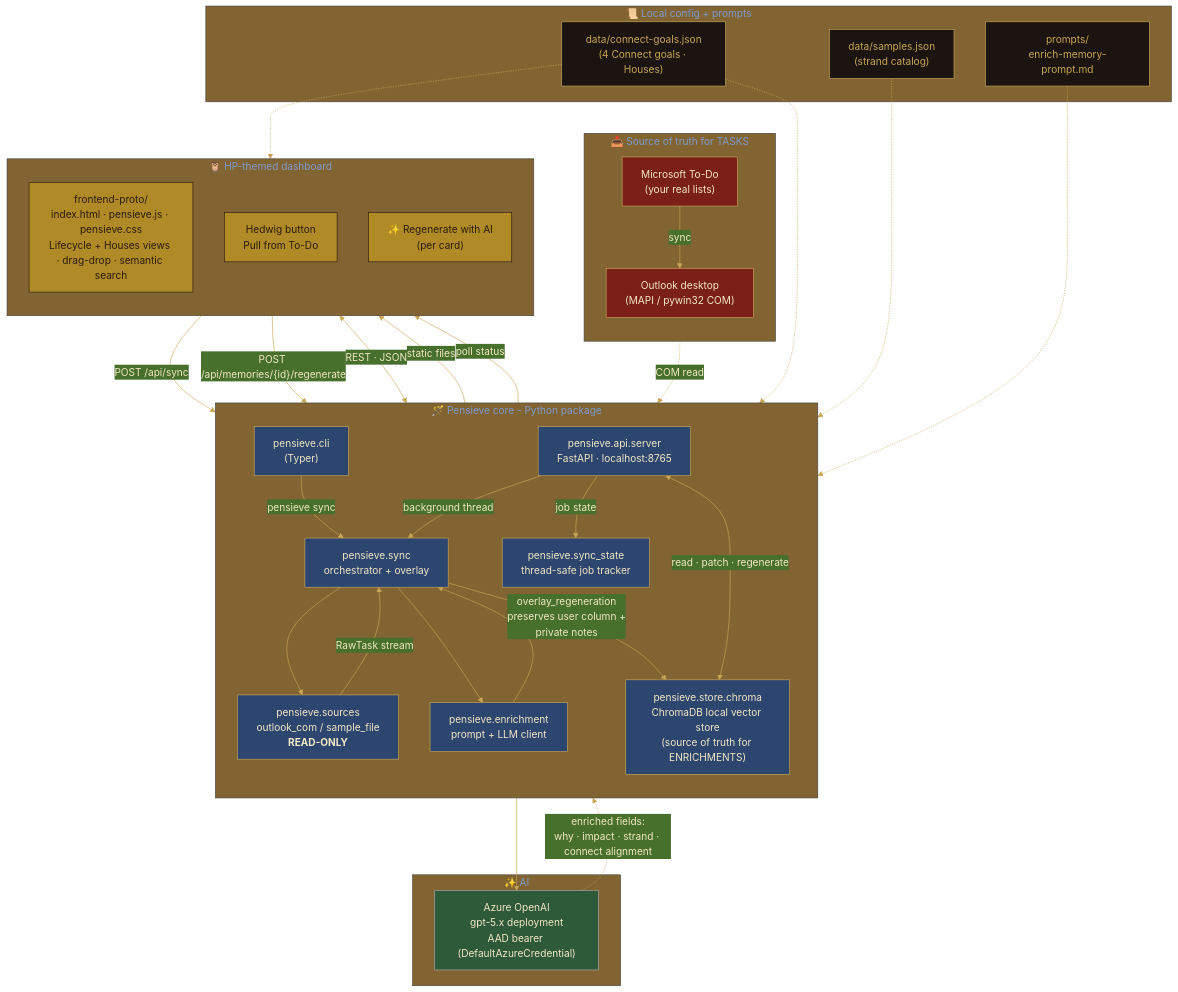
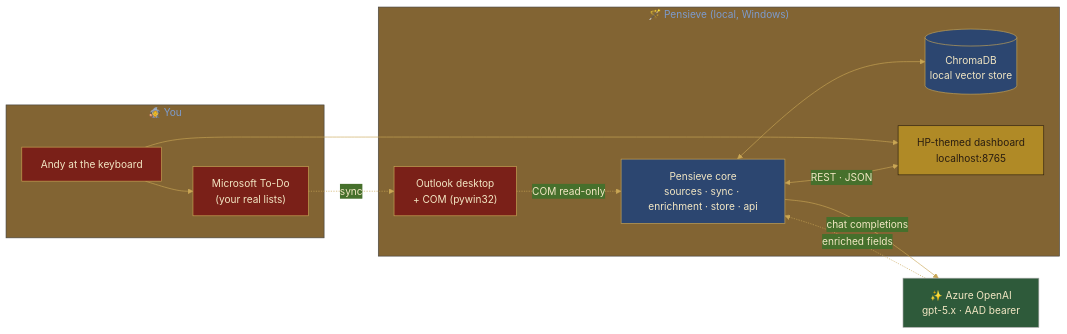
One commit to andy-herman/pensieve changed the first of 3 diagrams in README.md. Above: the diagram before and after it, drawn with Mermaid. The commit also changed other lines of this file, not shown here.

Commit message:
docs(readme): split architecture into 3 layered Mermaid diagrams
Replaces the single mega-diagram with three focused, GitHub-renderable
diagrams that each fit comfortably in any LLM's output cap:

1. Context (flowchart LR) - what talks to what at the boundary
2. Sync flow (flowchart TD) - the Pull-from-To-Do workflow
3. Regenerate flow (flowchart TD) - the per-card regenerate workflow

Why three: a single big diagram hits two walls fast - LLM output token
limits when generating, and human readability past ~25 nodes. The C4
model's zoom-in insight applies. Also adds three targeted prompts
(one per diagram) inside <details> tags so the diagrams can be
regenerated as Pensieve evolves, plus pointers to D2 and Structurizr
DSL for the day Mermaid stops scaling.

Each diagram keeps the HP house classDef palette (Gryffindor for
user/source-of-truth, Ravenclaw for Pensieve core, Hufflepuff for
dashboard, Slytherin for Azure OpenAI).

````diff
--- a/README.md
+++ b/README.md
@@ -127,88 +131,33 @@
 ```mermaid
-%%{init: {'theme':'base', 'themeVariables': {
-  'primaryColor':'#2c4670',
-  'primaryTextColor':'#f3e7c4',
-  'primaryBorderColor':'#c9a655',
-  'lineColor':'#c9a655',
-  'fontFamily':'Cinzel, Georgia, serif'
-}}}%%
-flowchart TD
+%%{init: {'theme':'base','themeVariables':{'primaryColor':'#2c4670','primaryTextColor':'#f3e7c4','primaryBorderColor':'#c9a655','lineColor':'#c9a655','fontFamily':'Cinzel, Georgia, serif'}}}%%
+flowchart LR
+    subgraph YOU["🧙 You"]
+        ANDY["Andy at the keyboard"]
+        TODO["Microsoft To-Do<br/>(your real lists)"]
+    end
+    subgraph PENS["🪄 Pensieve (local, Windows)"]
+        OUTLOOK["Outlook desktop<br/>+ COM (pywin32)"]
+        CORE["Pensieve core<br/>sources · sync · enrichment · store · api"]
+        CHROMA[("ChromaDB<br/>local vector store")]
+        DASH["HP-themed dashboard<br/>localhost:8765"]
+    end
+    AOAI["✨ Azure OpenAI<br/>gpt-5.x · AAD bearer"]
 
-    %% ---------- Source of truth for TASKS ----------
-    subgraph SRC["📥 Source of truth for TASKS"]
-        direction TB
-        TODO["Microsoft To-Do<br/>(your real lists)"]
-        OUTLOOK["Outlook desktop<br/>(MAPI / pywin32 COM)"]
-        TODO -->|"sync"| OUTLOOK
-    end
+    ANDY --> TODO
+    ANDY --> DASH
+    TODO -.->|"sync"| OUTLOOK
+    OUTLOOK -.->|"COM read-only"| CORE
+    CORE <--> CHROMA
+    CORE <-->|"REST · JSON"| DASH
+    CORE -->|"chat completions"| AOAI
+    AOAI -.->|"enriched fields"| CORE
 
-    %% ---------- Pensieve core (Python package) ----------
-    subgraph CORE["🪄 Pensieve core - Python package"]
-        direction TB
-        CLI["pensieve.cli<br/>(Typer)"]
-        SRCS["pensieve.sources<br/>outlook_com / sample_file<br/><b>READ-ONLY</b>"]
-        SYNC["pensieve.sync<br/>orchestrator + overlay"]
-        ENRICH["pensieve.enrichment<br/>prompt + LLM client"]
-        STATE["pensieve.sync_state<br/>thread-safe job tracker"]
-        API["pensieve.api.server<br/>FastAPI · localhost:8765"]
-        STORE["pensieve.store.chroma<br/>ChromaDB local vector store<br/>(source of truth for ENRICHMENTS)"]
-    end
-
-    %% ---------- AI ----------
-    subgraph AI["✨ AI"]
-        AOAI["Azure OpenAI<br/>gpt-5.x deployment<br/>AAD bearer (DefaultAzureCredential)"]
-    end
-
-    %% ---------- Local config ----------
-    subgraph CONF["📜 Local config + prompts"]
-        GOALS["data/connect-goals.json<br/>(4 Connect goals · Houses)"]
-        SAMPLES["data/samples.json<br/>(strand catalog)"]
-        PROMPT["prompts/<br/>enrich-memory-prompt.md"]
-    end
-
-    %% ---------- UI ----------
-    subgraph UI["🦉 HP-themed dashboard"]
-        direction TB
-        DASH["frontend-proto/<br/>index.html · pensieve.js · pensieve.css<br/>Lifecycle + Houses views · drag-drop · semantic search"]
-        HEDWIG["Hedwig button<br/>Pull from To-Do"]
-        REGEN["✨ Regenerate with AI<br/>(per card)"]
-    end
-
-    %% ---------- Flows ----------
-    OUTLOOK -.->|"COM read"| SRCS
-    CLI -->|"pensieve sync"| SYNC
-    HEDWIG -->|"POST /api/sync"| API
-    REGEN -->|"POST /api/memories/{id}/regenerate"| API
-    API -->|"background thread"| SYNC
-    SYNC --> SRCS
-    SYNC --> ENRICH
-    SRCS -->|"RawTask stream"| SYNC
-    ENRICH --> AOAI
-    AOAI -.->|"enriched fields:<br/>why · impact · strand · connect alignment"| ENRICH
-    ENRICH --> SYNC
-    SYNC -->|"overlay_regeneration<br/>preserves user column +<br/>private notes"| STORE
-    API <-->|"read · patch · regenerate"| STORE
-    API -->|"static files"| DASH
-    DASH <-->|"REST · JSON"| API
-    API -->|"job state"| STATE
-    STATE -->|"poll status"| DASH
-
-    %% ---------- Config wiring ----------
-    GOALS -.-> ENRICH
-    SAMPLES -.-> SYNC
-    PROMPT -.-> ENRICH
-    GOALS -.-> DASH
-
-    %% ---------- House colors ----------
     classDef gryffindor fill:#7a2018,stroke:#c9a655,color:#f3e7c4
     classDef hufflepuff fill:#b08a26,stroke:#2a1d10,color:#2a1d10
     classDef slytherin  fill:#2e5a3a,stroke:#a8a8a8,color:#f3e7c4
     classDef ravenclaw  fill:#2c4670,stroke:#c9a655,color:#f3e7c4
-    classDef gold       fill:#1b1410,stroke:#c9a655,color:#c9a655
-
-    class TODO,OUTLOOK gryffindor
-    class SRCS,SYNC,STATE,STORE,API,CLI,ENRICH ravenclaw
+    class TODO,ANDY,OUTLOOK gryffindor
+    class CORE,CHROMA ravenclaw
+    class DASH hufflepuff
     class AOAI slytherin
-    class DASH,HEDWIG,REGEN hufflepuff
-    class GOALS,SAMPLES,PROMPT gold
 ```
````
